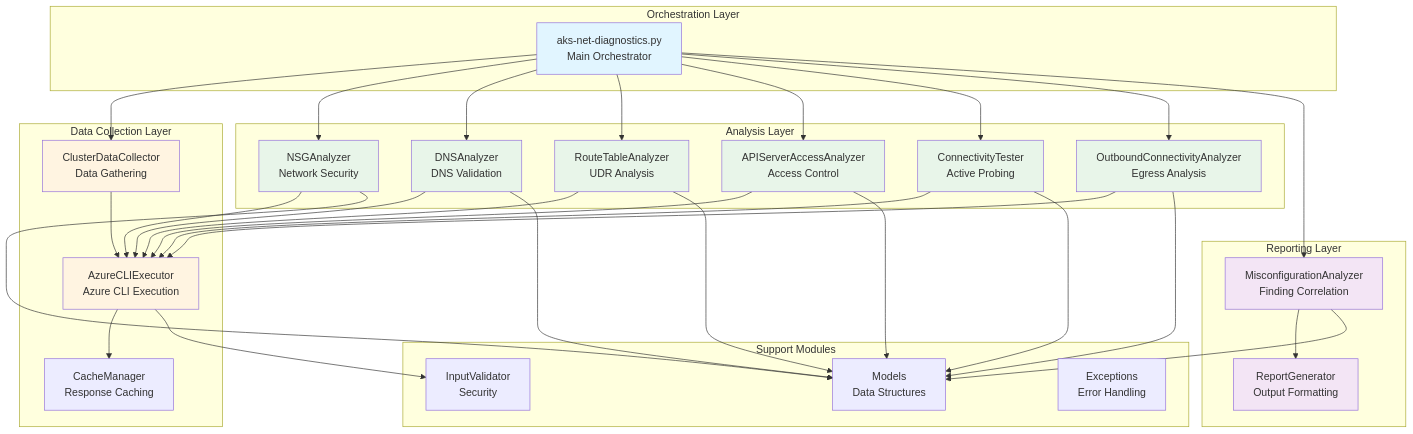
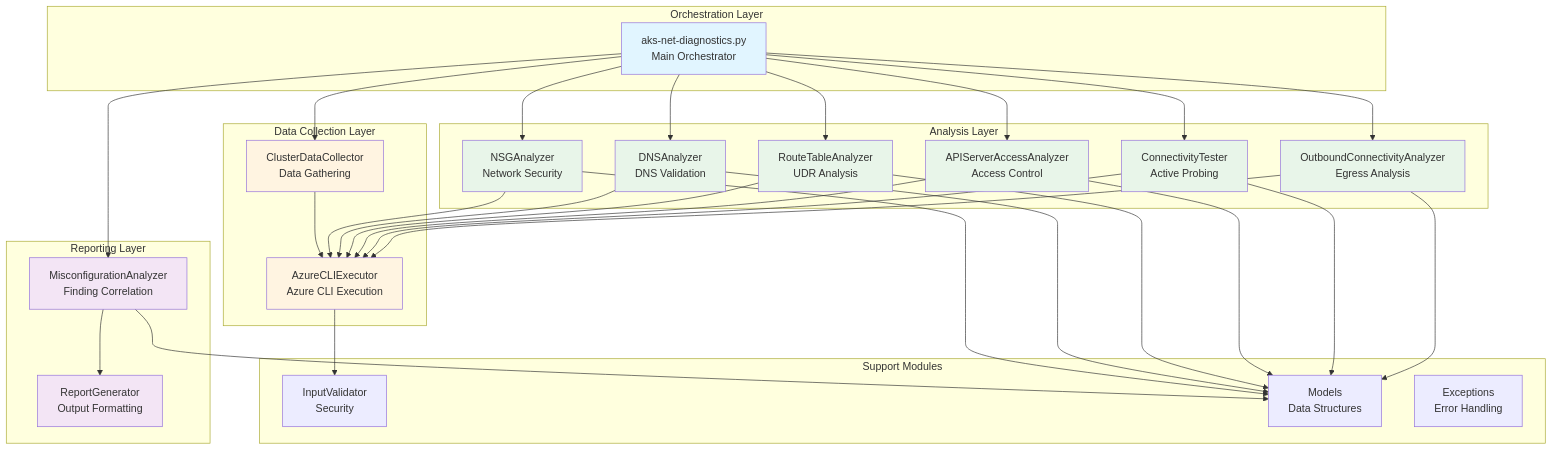
Before and after one commit to sturrent/aks-net-diagnostics: the first of 5 diagrams in ARCHITECTURE.md, drawn with Mermaid. The commit also changed other lines of this file and 8 other files, not shown here.

````diff
--- a/ARCHITECTURE.md
+++ b/ARCHITECTURE.md
@@ -20,57 +20,55 @@
 ```mermaid
 graph TB
     subgraph "Orchestration Layer"
         Main[aks-net-diagnostics.py<br/>Main Orchestrator]
     end
     
     subgraph "Data Collection Layer"
         CDC[ClusterDataCollector<br/>Data Gathering]
         AzCLI[AzureCLIExecutor<br/>Azure CLI Execution]
-        Cache[CacheManager<br/>Response Caching]
     end
     
     subgraph "Analysis Layer"
         NSG[NSGAnalyzer<br/>Network Security]
         DNS[DNSAnalyzer<br/>DNS Validation]
         RT[RouteTableAnalyzer<br/>UDR Analysis]
         API[APIServerAccessAnalyzer<br/>Access Control]
         CT[ConnectivityTester<br/>Active Probing]
         OB[OutboundConnectivityAnalyzer<br/>Egress Analysis]
     end
     
     subgraph "Reporting Layer"
         MA[MisconfigurationAnalyzer<br/>Finding Correlation]
         RG[ReportGenerator<br/>Output Formatting]
     end
     
     subgraph "Support Modules"
         Val[InputValidator<br/>Security]
         Mod[Models<br/>Data Structures]
         Exc[Exceptions<br/>Error Handling]
     end
     
     Main --> CDC
     Main --> NSG & DNS & RT & API & CT & OB
     Main --> MA --> RG
     
     CDC --> AzCLI
     NSG & DNS & RT & API & CT & OB --> AzCLI
     
-    AzCLI --> Cache
     AzCLI --> Val
     
     NSG & DNS & RT & API & CT & OB --> Mod
     MA --> Mod
     
     style Main fill:#e1f5ff
     style CDC fill:#fff4e1
     style AzCLI fill:#fff4e1
     style NSG fill:#e8f5e9
     style DNS fill:#e8f5e9
     style RT fill:#e8f5e9
     style API fill:#e8f5e9
     style CT fill:#e8f5e9
     style OB fill:#e8f5e9
     style MA fill:#f3e5f5
     style RG fill:#f3e5f5
 ```
````
